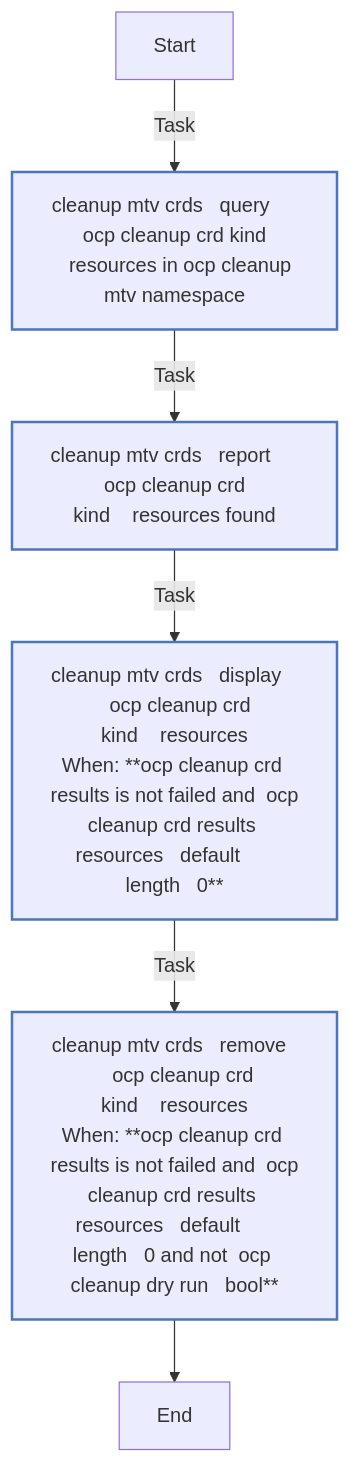
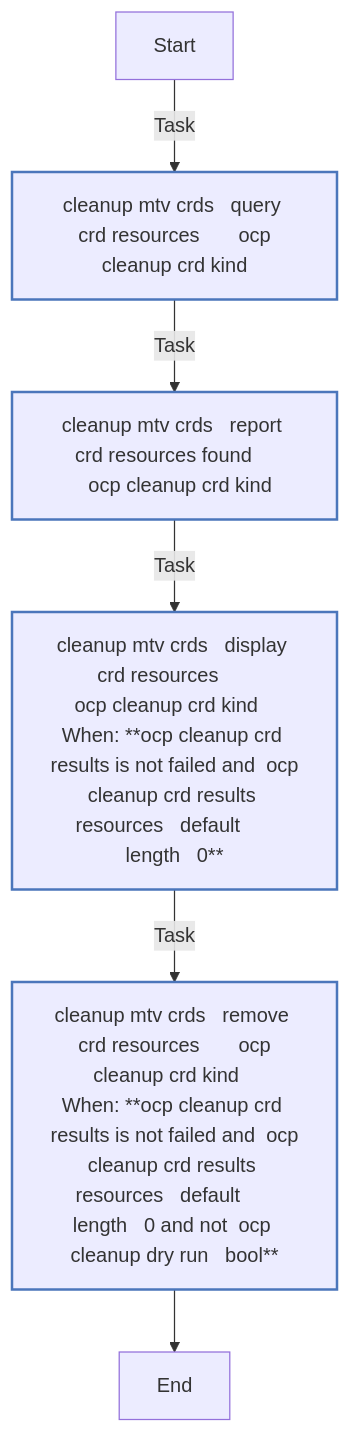
Before and after one commit to redhat-cop/openshift_virtualization_migration: the second of 7 diagrams in roles/ocp_cleanup/README.md, drawn with Mermaid. The commit also changed other lines of this file and 7 other files, not shown here.

````diff
--- a/roles/ocp_cleanup/README.md
+++ b/roles/ocp_cleanup/README.md
@@ -484,18 +479,18 @@
 ```mermaid
 flowchart TD
 Start
 classDef block stroke:#3498db,stroke-width:2px;
 classDef task stroke:#4b76bb,stroke-width:2px;
 classDef includeTasks stroke:#16a085,stroke-width:2px;
 classDef importTasks stroke:#34495e,stroke-width:2px;
 classDef includeRole stroke:#2980b9,stroke-width:2px;
 classDef importRole stroke:#699ba7,stroke-width:2px;
 classDef includeVars stroke:#8e44ad,stroke-width:2px;
 classDef rescue stroke:#665352,stroke-width:2px;
 
-  Start-->|Task| _cleanup_mtv_crds___Query_____ocp_cleanup_crd_kind____resources_in_ocp_cleanup_mtv_namespace0[ cleanup mtv crds   query     ocp cleanup crd kind<br>   resources in ocp cleanup mtv namespace]:::task
-  _cleanup_mtv_crds___Query_____ocp_cleanup_crd_kind____resources_in_ocp_cleanup_mtv_namespace0-->|Task| _cleanup_mtv_crds___Report_____ocp_cleanup_crd_kind____resources_found1[ cleanup mtv crds   report     ocp cleanup crd<br>kind    resources found]:::task
-  _cleanup_mtv_crds___Report_____ocp_cleanup_crd_kind____resources_found1-->|Task| _cleanup_mtv_crds___Display_____ocp_cleanup_crd_kind____resources2[ cleanup mtv crds   display     ocp cleanup crd<br>kind    resources<br>When: **ocp cleanup crd results is not failed and  ocp<br>cleanup crd results resources   default      <br>length   0**]:::task
-  _cleanup_mtv_crds___Display_____ocp_cleanup_crd_kind____resources2-->|Task| _cleanup_mtv_crds___Remove_____ocp_cleanup_crd_kind____resources3[ cleanup mtv crds   remove     ocp cleanup crd<br>kind    resources<br>When: **ocp cleanup crd results is not failed and  ocp<br>cleanup crd results resources   default      <br>length   0 and not  ocp cleanup dry run   bool**]:::task
-  _cleanup_mtv_crds___Remove_____ocp_cleanup_crd_kind____resources3-->End
+  Start-->|Task| _cleanup_mtv_crds___Query_CRD_resources_______ocp_cleanup_crd_kind___0[ cleanup mtv crds   query crd resources       ocp<br>cleanup crd kind   ]:::task
+  _cleanup_mtv_crds___Query_CRD_resources_______ocp_cleanup_crd_kind___0-->|Task| _cleanup_mtv_crds___Report_CRD_resources_found_______ocp_cleanup_crd_kind___1[ cleanup mtv crds   report crd resources found    <br>  ocp cleanup crd kind   ]:::task
+  _cleanup_mtv_crds___Report_CRD_resources_found_______ocp_cleanup_crd_kind___1-->|Task| _cleanup_mtv_crds___Display_CRD_resources_______ocp_cleanup_crd_kind___2[ cleanup mtv crds   display crd resources      <br>ocp cleanup crd kind   <br>When: **ocp cleanup crd results is not failed and  ocp<br>cleanup crd results resources   default      <br>length   0**]:::task
+  _cleanup_mtv_crds___Display_CRD_resources_______ocp_cleanup_crd_kind___2-->|Task| _cleanup_mtv_crds___Remove_CRD_resources_______ocp_cleanup_crd_kind___3[ cleanup mtv crds   remove crd resources       ocp<br>cleanup crd kind   <br>When: **ocp cleanup crd results is not failed and  ocp<br>cleanup crd results resources   default      <br>length   0 and not  ocp cleanup dry run   bool**]:::task
+  _cleanup_mtv_crds___Remove_CRD_resources_______ocp_cleanup_crd_kind___3-->End
 ```
````
